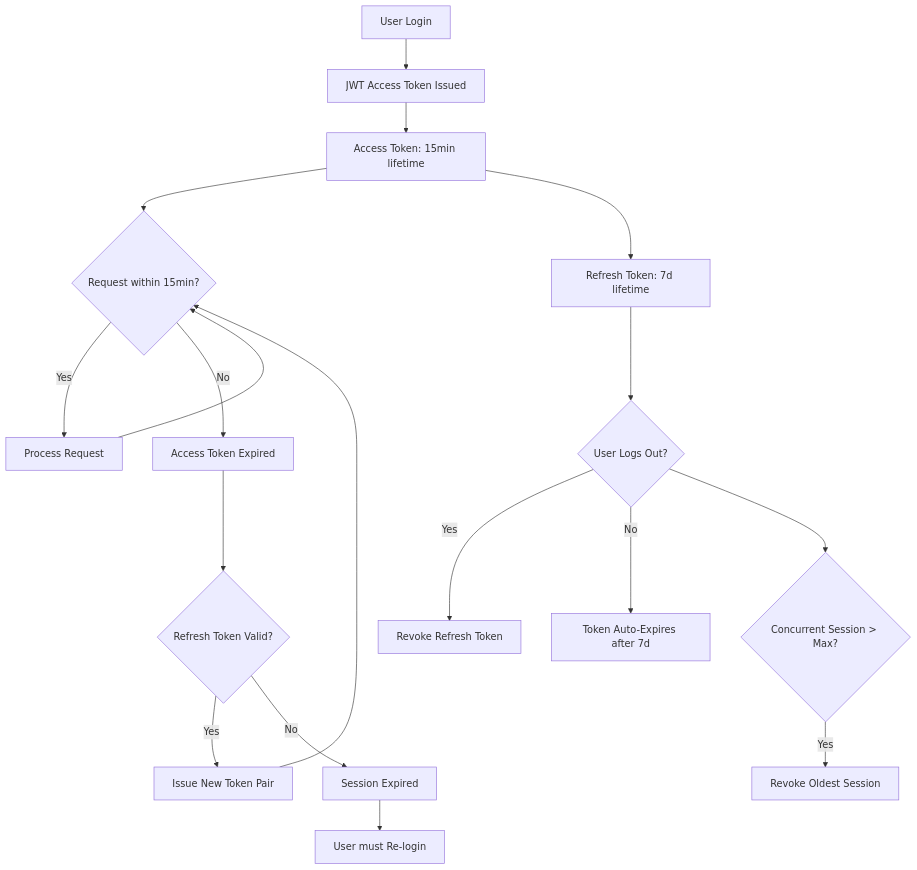
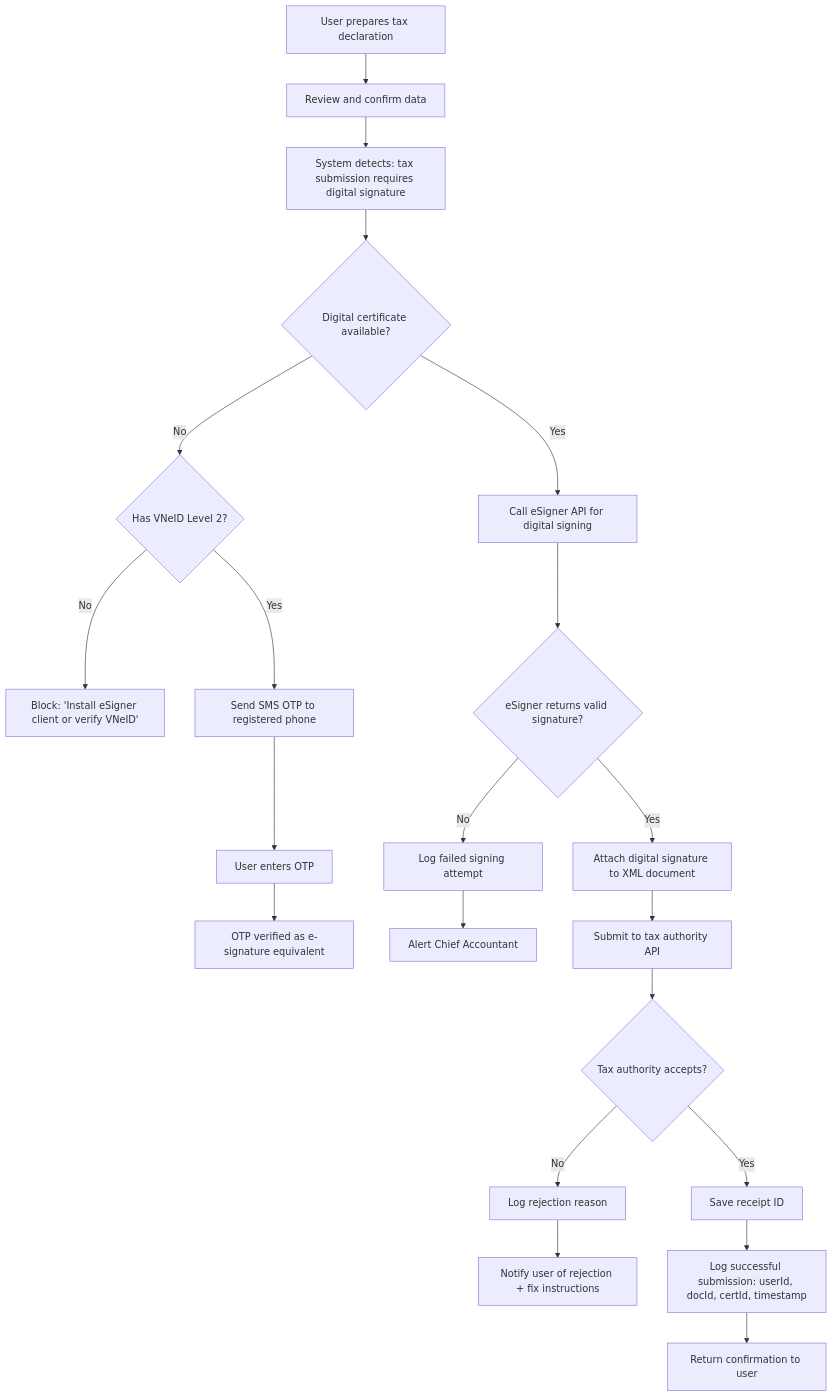
The ninth of 9 diagrams in docs/brd/03-workflows.md (vqton/sme_acct), drawn with Mermaid before and after one commit. The commit also changed other lines of this file and 13 other files, not shown here.

````diff
--- a/docs/brd/03-workflows.md
+++ b/docs/brd/03-workflows.md
@@ -95,20 +307,23 @@
 ```mermaid
 graph TD
-    A[User Login] --> B[JWT Access Token Issued]
-    B --> C[Access Token: 15min lifetime]
-    C --> D{Request within 15min?}
-    D -->|Yes| E[Process Request]
-    E --> D
-    D -->|No| F[Access Token Expired]
-    F --> G{Refresh Token Valid?}
-    G -->|Yes| H[Issue New Token Pair]
-    H --> D
-    G -->|No| I[Session Expired]
-    I --> J[User must Re-login]
-    C --> K[Refresh Token: 7d lifetime]
-    K --> L{User Logs Out?}
-    L -->|Yes| M[Revoke Refresh Token]
-    L -->|No| N[Token Auto-Expires after 7d]
-    L --> O{Concurrent Session > Max?}
-    O -->|Yes| P[Revoke Oldest Session]
+    A[User prepares tax declaration] --> B[Review and confirm data]
+    B --> C[System detects: tax submission requires digital signature]
+    C --> D{Digital certificate available?}
+    D -->|No| E{Has VNeID Level 2?}
+    E -->|No| F[Block: 'Install eSigner client or verify VNeID']
+    E -->|Yes| G[Send SMS OTP to registered phone]
+    G --> H[User enters OTP]
+    H --> I[OTP verified as e-signature equivalent]
+    D -->|Yes| J[Call eSigner API for digital signing]
+    J --> K{eSigner returns valid signature?}
+    K -->|No| L[Log failed signing attempt]
+    L --> M[Alert Chief Accountant]
+    K -->|Yes| N[Attach digital signature to XML document]
+    N --> O[Submit to tax authority API]
+    O --> P{Tax authority accepts?}
+    P -->|No| Q[Log rejection reason]
+    Q --> R[Notify user of rejection + fix instructions]
+    P -->|Yes| S[Save receipt ID]
+    S --> T[Log successful submission: userId, docId, certId, timestamp]
+    T --> U[Return confirmation to user]
 ```
````
